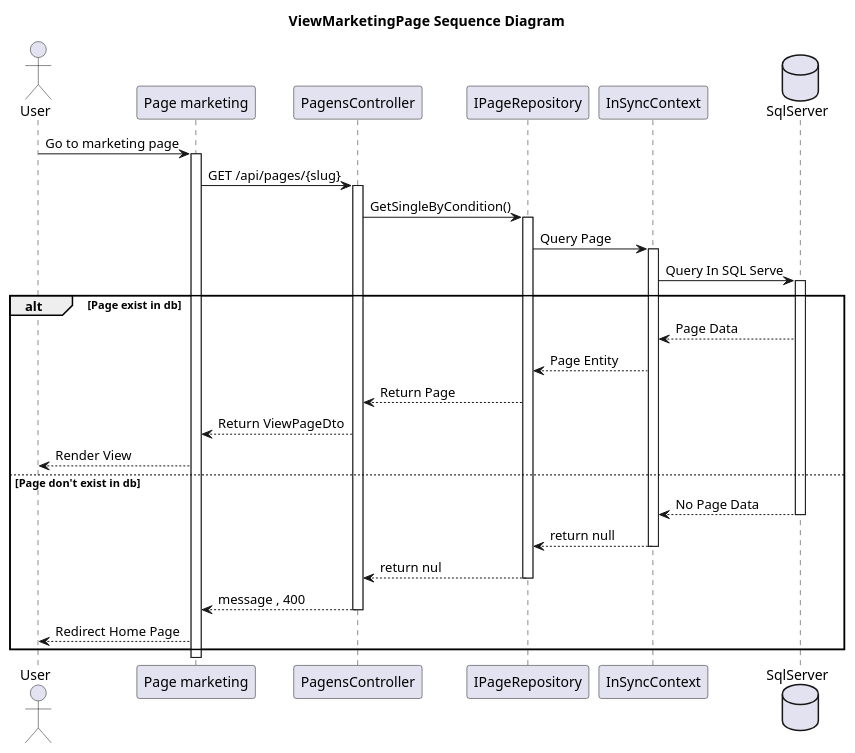
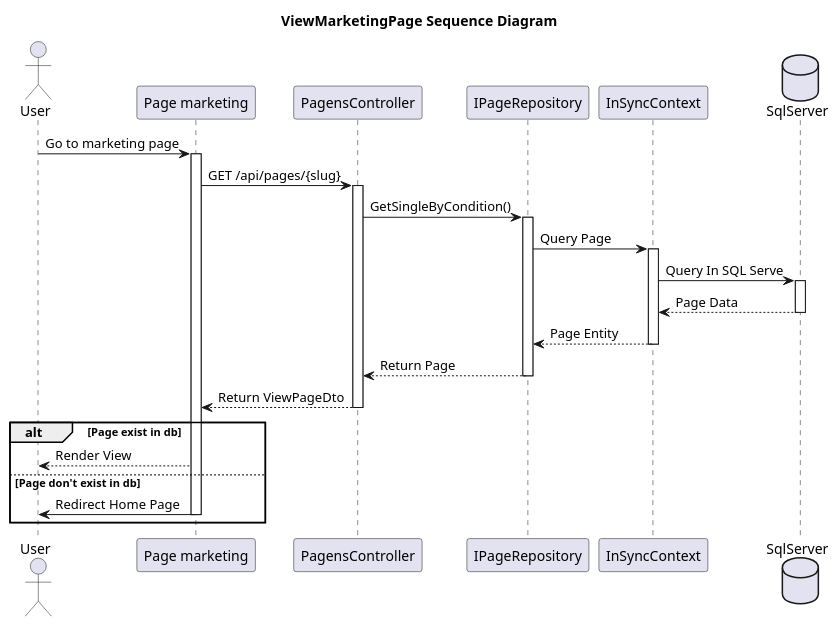
Before and after one commit to Caothuludau/InSyncDocument: the diagram in ClassDiagram/Maketing/ViewMarketingPageSequenceDiagram.plantuml, drawn with PlantUML. The commit also changed 53 other files, not shown here.

Commit message:
update diagram

```diff
--- a/ClassDiagram/Maketing/ViewMarketingPageSequenceDiagram.plantuml
+++ b/ClassDiagram/Maketing/ViewMarketingPageSequenceDiagram.plantuml
@@ -1,54 +1,50 @@
 @startuml ViewMarketingPageSequenceDiagram
 skinparam classAttributeIconSize 0
 Title ViewMarketingPage Sequence Diagram
 'Character	Visibility
 '-			private
 '#			protected
 '~			package private
 '+			public
 
 'Extension	<|--	Quan hệ mở rộng từ (là extends hoặc implements nhưng ko có annotations trong code)
 'Composition	*--	 Quan hệ gắn kết chặt chẽ : part - of
 'Aggregation	o--	Quan hệ liên kết giữa hai thực thể : use, has
 
 ' Include các file vào trong file để sử dụng'
     actor "User" as U
     participant "Page marketing" as Pmk
     participant "PagensController" as PageController
     participant "IPageRepository" as IPageRepo
     participant "InSyncContext" as ISContext
     database "SqlServer" as Db
 
     
         U -> Pmk :  Go to marketing page
         activate Pmk
 
         Pmk -> PageController : GET /api/pages/{slug}
         activate PageController
         PageController -> IPageRepo : GetSingleByCondition()
         activate IPageRepo
         IPageRepo -> ISContext : Query Page
         activate ISContext
         ISContext -> Db : Query In SQL Serve
         activate Db
-
+        Db --> ISContext : Page Data
+        deactivate Db
+        ISContext --> IPageRepo : Page Entity
+        deactivate ISContext
+        IPageRepo --> PageController : Return Page 
+        deactivate IPageRepo
+        PageController --> Pmk : Return ViewPageDto
+        deactivate PageController
         ' Chiều trả về từ SQL Server đến User
-        alt Page exist in db
-            Db --> ISContext : Page Data
-            ISContext --> IPageRepo : Page Entity
-            IPageRepo --> PageController : Return Page 
-            PageController --> Pmk : Return ViewPageDto
+        alt Page exist in db 
             Pmk --> U : Render View
         else Page don't exist in db
-            Db --> ISContext : No Page Data
-            deactivate Db
-            ISContext --> IPageRepo : return null
-            deactivate ISContext
-            IPageRepo --> PageController : return nul 
-            deactivate IPageRepo
-            PageController --> Pmk : message , 400
-            deactivate PageController
-            Pmk --> U : Redirect Home Page
+            Pmk -> U : Redirect Home Page
+            deactivate Pmk
         end
 
 @enduml
```
